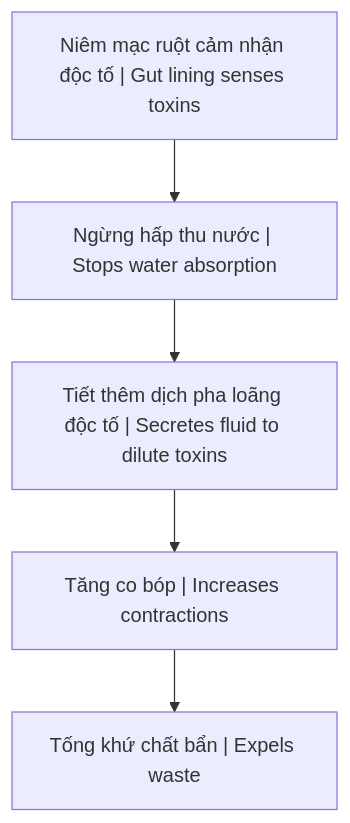
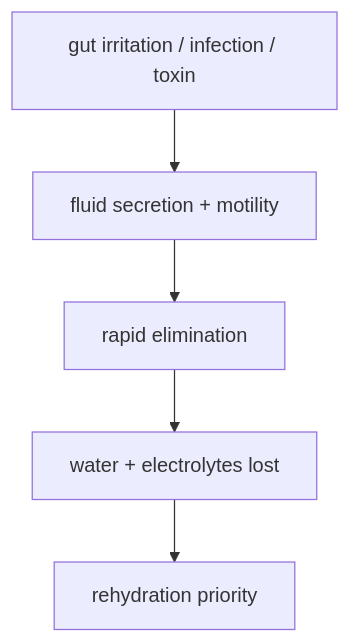
Before and after one commit to dyukahi/knowledge: the second of 2 diagrams in health/Cơ Chế Tự Bảo Vệ Của Cơ Thể.md, drawn with Mermaid. The commit also changed other lines of this file and 5 other files, not shown here.

````diff
--- a/health/Cơ Chế Tự Bảo Vệ Của Cơ Thể.md
+++ b/health/Cơ Chế Tự Bảo Vệ Của Cơ Thể.md
@@ -123,10 +79,9 @@
 ```mermaid
 flowchart TD
-    A["Niêm mạc ruột cảm nhận độc tố | Gut lining senses toxins"]
-    B["Ngừng hấp thu nước | Stops water absorption"]
-    C["Tiết thêm dịch pha loãng độc tố | Secretes fluid to dilute toxins"]
-    D["Tăng co bóp | Increases contractions"]
-    E["Tống khứ chất bẩn | Expels waste"]
-    
+    A["gut irritation / infection / toxin"]
+    B["fluid secretion + motility"]
+    C["rapid elimination"]
+    D["water + electrolytes lost"]
+    E["rehydration priority"]
     A --> B --> C --> D --> E
 ```
````
